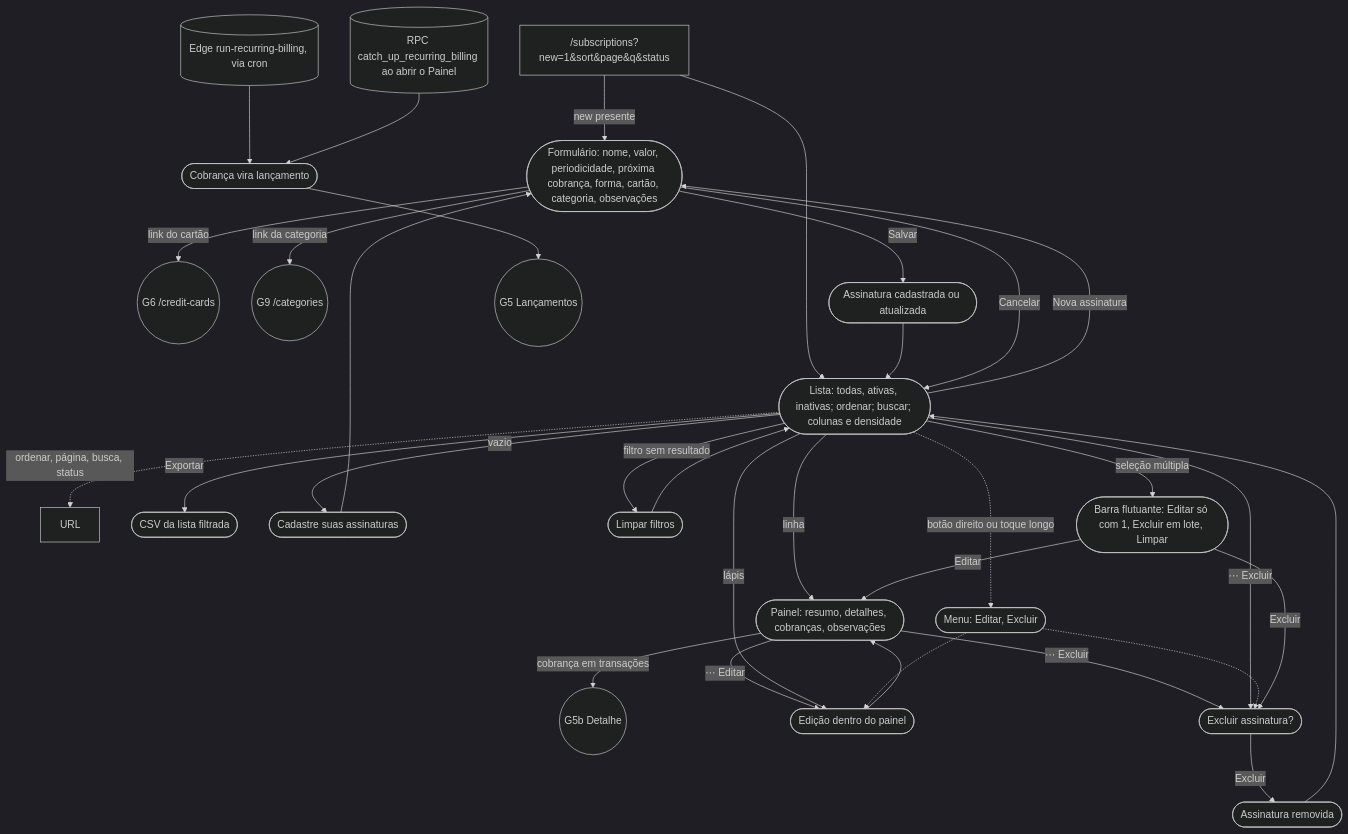
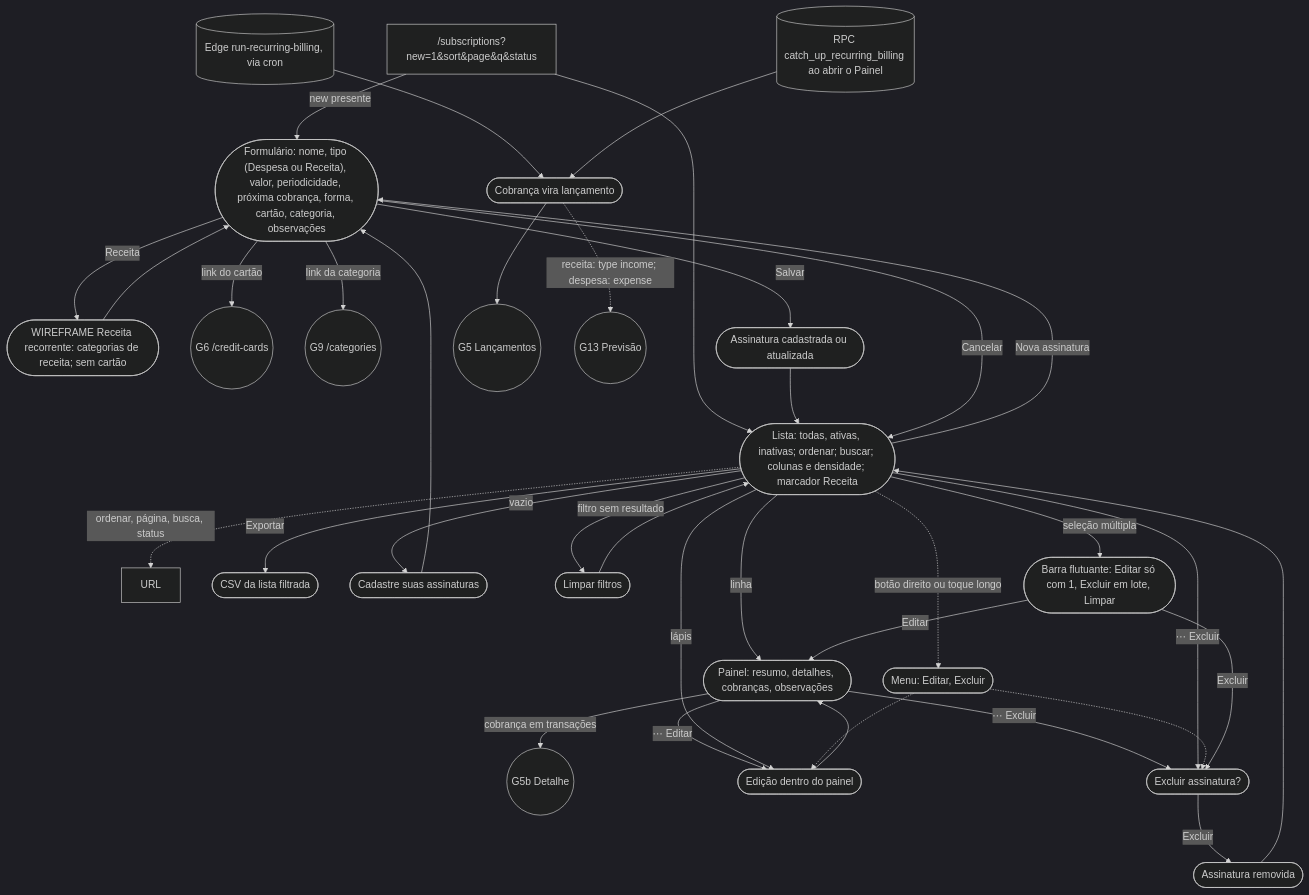
One commit to kauax2000/finance_app changed diagram 13 of 18 in docs/JORNADAS.md. Above: the diagram before and after it, drawn with Mermaid. The commit also changed other lines of this file and 4 other files, not shown here.

````diff
--- a/docs/JORNADAS.md
+++ b/docs/JORNADAS.md
@@ -917,33 +939,35 @@
 ```mermaid
 %%{init: {"theme": "dark"}}%%
 flowchart TD
-    subs["/subscriptions?new=1&sort&page&q&status"] -->|"new presente"| form(["Formulário: nome, valor, periodicidade, próxima cobrança, forma, cartão, categoria, observações"])
-    subs --> list(["Lista: todas, ativas, inativas; ordenar; buscar; colunas e densidade"])
+    subs["/subscriptions?new=1&sort&page&q&status"] -->|"new presente"| form(["Formulário: nome, tipo (Despesa ou Receita), valor, periodicidade, próxima cobrança, forma, cartão, categoria, observações"])
+    form -->|"Receita"| incomeSub(["WIREFRAME Receita recorrente: categorias de receita; sem cartão"]) --> form
+    subs --> list(["Lista: todas, ativas, inativas; ordenar; buscar; colunas e densidade; marcador Receita"])
     list -.->|"ordenar, página, busca, status"| url["URL"]
     list -->|"Exportar"| csv(["CSV da lista filtrada"])
     list -->|"Nova assinatura"| form
     list -->|"vazio"| emptyNew(["Cadastre suas assinaturas"]) --> form
     list -->|"filtro sem resultado"| clear(["Limpar filtros"]) --> list
     form -->|"link do cartão"| G6(("G6 /credit-cards"))
     form -->|"link da categoria"| G9(("G9 /categories"))
     form -->|"Salvar"| saved(["Assinatura cadastrada ou atualizada"]) --> list
     form -->|"Cancelar"| list
 
     list -->|"linha"| sheet(["Painel: resumo, detalhes, cobranças, observações"])
     sheet -->|"cobrança em transações"| txDetail(("G5b Detalhe"))
     sheet -->|"⋯ Editar"| editInline(["Edição dentro do painel"]) --> sheet
     sheet -->|"⋯ Excluir"| del(["Excluir assinatura?"])
     list -->|"lápis"| editInline
     list -->|"⋯ Excluir"| del
     list -.->|"botão direito ou toque longo"| rowMenu(["Menu: Editar, Excluir"])
     rowMenu -.-> editInline
     rowMenu -.-> del
     list -->|"seleção múltipla"| bar(["Barra flutuante: Editar só com 1, Excluir em lote, Limpar"])
     bar -->|"Editar"| sheet
     bar -->|"Excluir"| del
     del -->|"Excluir"| removed(["Assinatura removida"]) --> list
 
     cron[("Edge run-recurring-billing, via cron")] --> billed(["Cobrança vira lançamento"])
     catchup[("RPC catch_up_recurring_billing ao abrir o Painel")] --> billed
     billed --> G5(("G5 Lançamentos"))
+    billed -.->|"receita: type income; despesa: expense"| G13(("G13 Previsão"))
 ```
````
